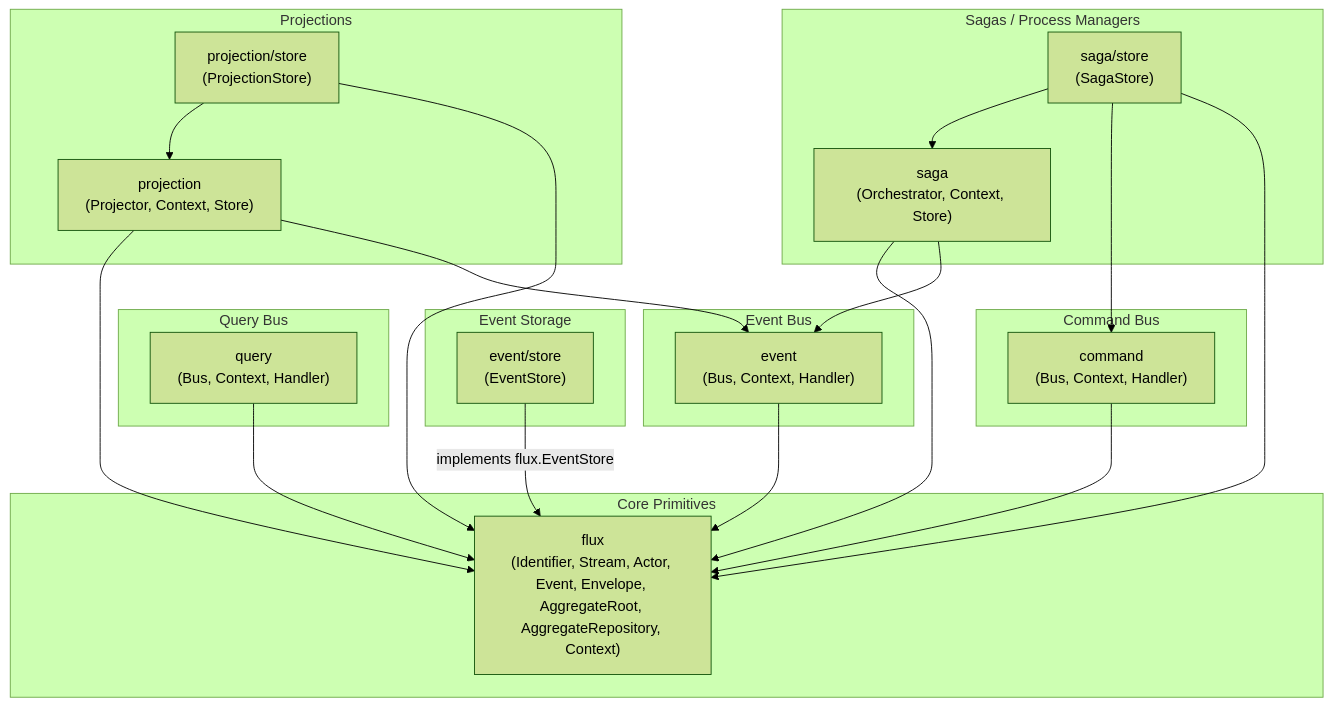
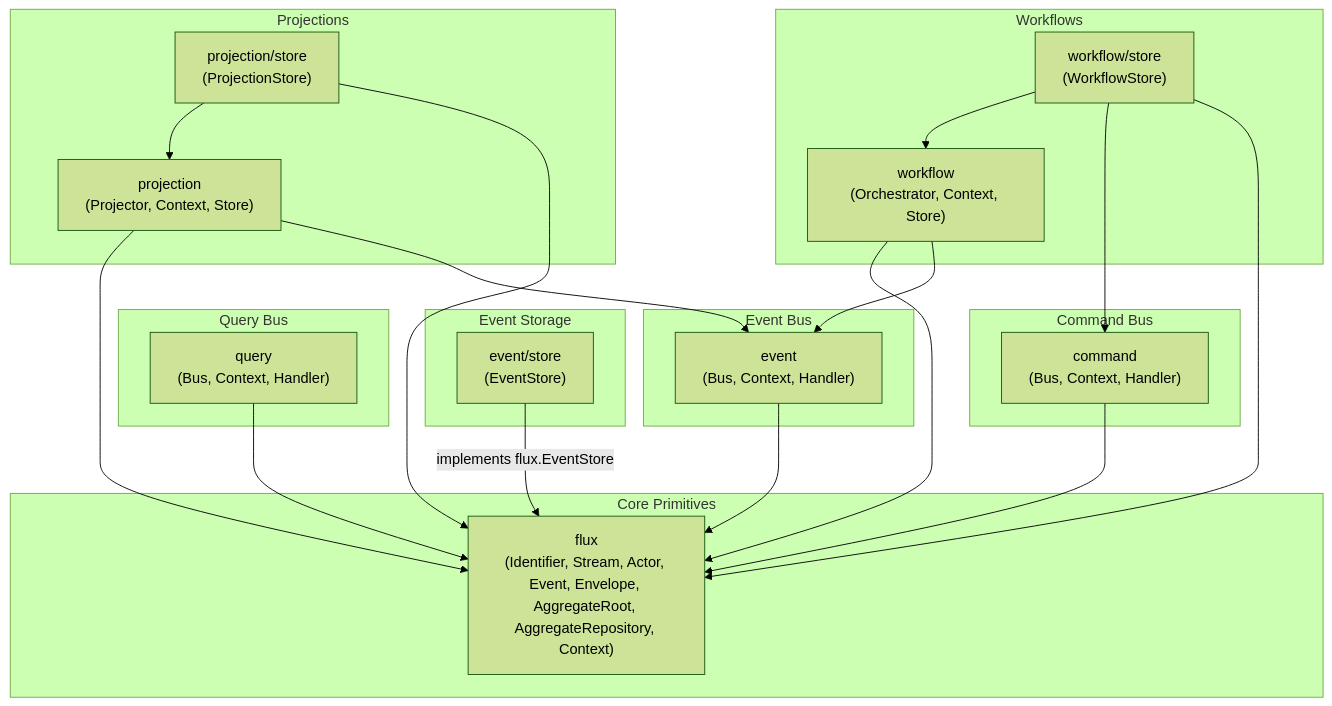
One commit to wotek/flux changed the diagram in docs/ARCHITECTURE.md. Above: the diagram before and after it, drawn with Mermaid (forest theme). The commit also changed other lines of this file and 20 other files, not shown here.

Commit message:
refactor: rename Saga to Workflow across entire framework and documentation

````diff
--- a/docs/ARCHITECTURE.md
+++ b/docs/ARCHITECTURE.md
@@ -59,49 +59,49 @@
 ```mermaid
 flowchart TD
     subgraph Core ["Core Primitives"]
         Flux["flux<br/>(Identifier, Stream, Actor, Event, Envelope, AggregateRoot, AggregateRepository, Context)"]
     end
 
     subgraph EventStoreDomain ["Event Storage"]
         EventStore["event/store<br/>(EventStore)"]
     end
 
     subgraph CommandDomain ["Command Bus"]
         Command["command<br/>(Bus, Context, Handler)"]
     end
 
     subgraph QueryDomain ["Query Bus"]
         Query["query<br/>(Bus, Context, Handler)"]
     end
 
     subgraph EventDomain ["Event Bus"]
         Event["event<br/>(Bus, Context, Handler)"]
     end
 
     subgraph ProjectionDomain ["Projections"]
         Projection["projection<br/>(Projector, Context, Store)"]
         ProjStore["projection/store<br/>(ProjectionStore)"]
     end
 
-    subgraph SagaDomain ["Sagas / Process Managers"]
-        Saga["saga<br/>(Orchestrator, Context, Store)"]
-        SagaStore["saga/store<br/>(SagaStore)"]
+    subgraph WorkflowDomain ["Workflows"]
+        Workflow["workflow<br/>(Orchestrator, Context, Store)"]
+        WorkflowStore["workflow/store<br/>(WorkflowStore)"]
     end
 
     %% Dependencies
     EventStore -->|implements flux.EventStore| Flux
     Command --> Flux
     Query --> Flux
     Event --> Flux
 
     Projection --> Flux
     Projection --> Event
     ProjStore --> Projection
     ProjStore --> Flux
 
-    Saga --> Flux
-    Saga --> Event
-    SagaStore --> Saga
-    SagaStore --> Command
-    SagaStore --> Flux
+    Workflow --> Flux
+    Workflow --> Event
+    WorkflowStore --> Workflow
+    WorkflowStore --> Command
+    WorkflowStore --> Flux
 ```
````
